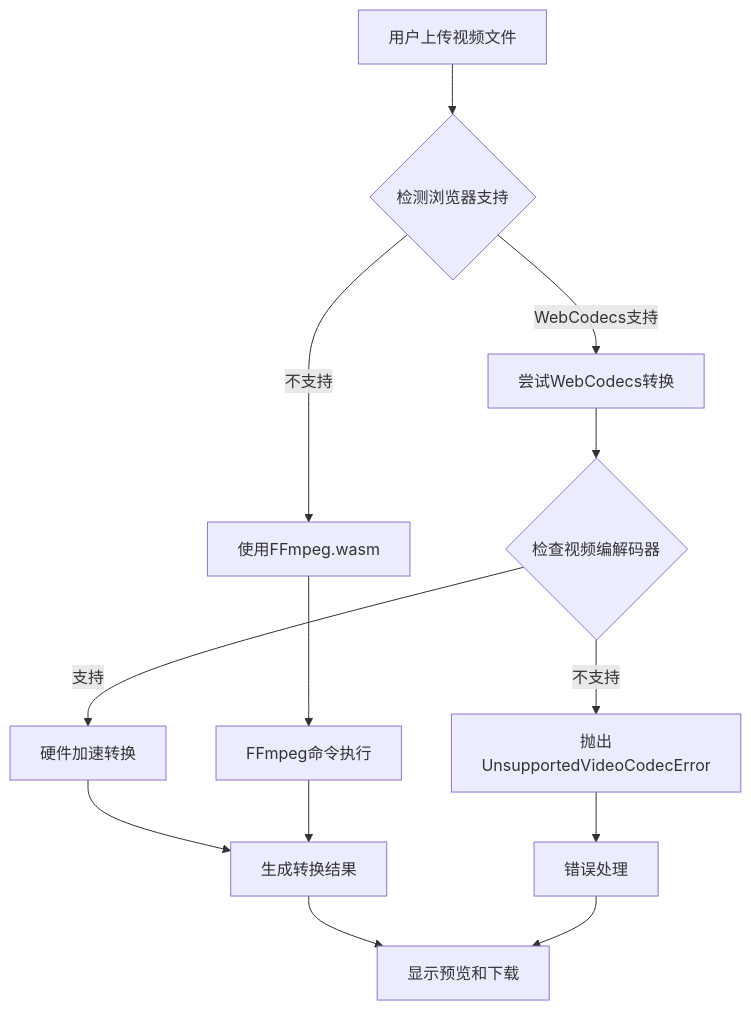
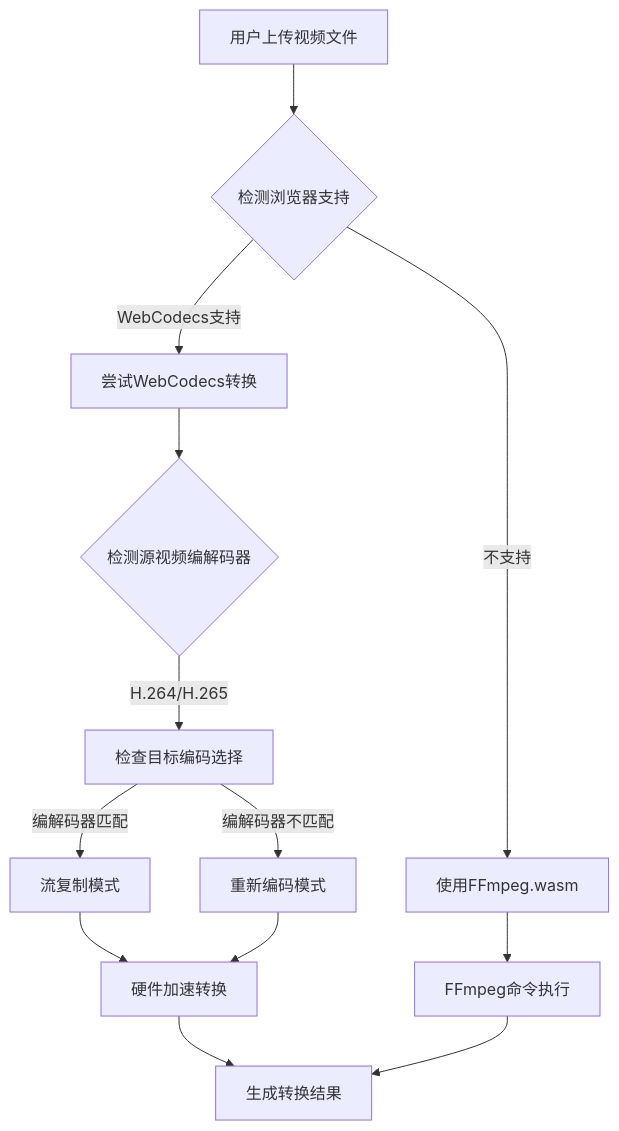
One commit to sgyy/privadeck changed the second of 13 diagrams in .qoder/repowiki/zh/content/工具分类/视频处理工具/视频格式转换工具.md. Above: the diagram before and after it, drawn with Mermaid. The commit also changed other lines of this file and 5 other files, not shown here.

````diff
--- a/.qoder/repowiki/zh/content/工具分类/视频处理工具/视频格式转换工具.md
+++ b/.qoder/repowiki/zh/content/工具分类/视频处理工具/视频格式转换工具.md
@@ -81,15 +101,15 @@
 ```mermaid
 flowchart TD
 A[用户上传视频文件] --> B{检测浏览器支持}
 B --> |WebCodecs支持| C[尝试WebCodecs转换]
 B --> |不支持| D[使用FFmpeg.wasm]
-C --> E{检查视频编解码器}
-E --> |支持| F[硬件加速转换]
-E --> |不支持| G[抛出UnsupportedVideoCodecError]
-D --> H[FFmpeg命令执行]
-F --> I[生成转换结果]
+C --> E{检测源视频编解码器}
+E --> |H.264/H.265| F[检查目标编码选择]
+F --> |编解码器匹配| G[流复制模式]
+F --> |编解码器不匹配| H[重新编码模式]
+G --> I[硬件加速转换]
 H --> I
-G --> J[错误处理]
-I --> K[显示预览和下载]
-J --> K
+I --> J[生成转换结果]
+D --> K[FFmpeg命令执行]
+K --> J
 ```
````
